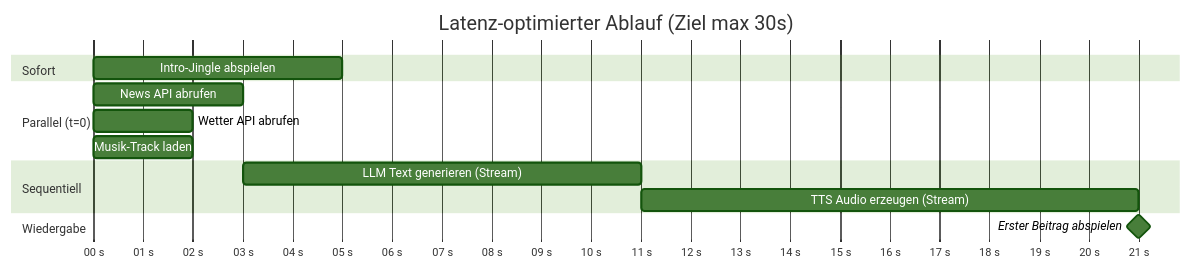
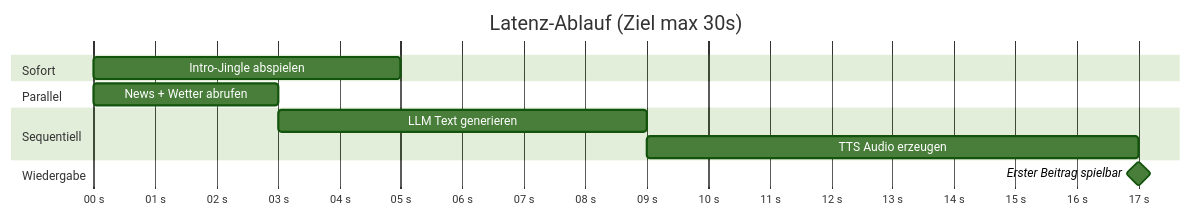
One commit to MichaelMoeckli/attune changed the third of 4 diagrams in techstack_architektur_radion25.md. Above: the diagram before and after it, drawn with Mermaid (forest theme). The commit also changed other lines of this file and 12 other files, not shown here.

````diff
--- a/techstack_architektur_radion25.md
+++ b/techstack_architektur_radion25.md
@@ -277,21 +240,19 @@
 ```mermaid
 gantt
-    title Latenz-optimierter Ablauf (Ziel max 30s)
+    title Latenz-Ablauf (Ziel max 30s)
     dateFormat ss
     axisFormat %S s
 
     section Sofort
     Intro-Jingle abspielen       :a1, 00, 5s
 
-    section Parallel (t=0)
-    News API abrufen             :a2, 00, 3s
-    Wetter API abrufen           :a3, 00, 2s
-    Musik-Track laden            :a4, 00, 2s
+    section Parallel
+    News + Wetter abrufen        :a2, 00, 3s
 
     section Sequentiell
-    LLM Text generieren (Stream) :a5, after a2, 8s
-    TTS Audio erzeugen (Stream)  :a6, after a5, 10s
+    LLM Text generieren          :a3, after a2, 6s
+    TTS Audio erzeugen           :a4, after a3, 8s
 
     section Wiedergabe
-    Erster Beitrag abspielen     :milestone, after a6, 0s
+    Erster Beitrag spielbar      :milestone, after a4, 0s
 ```
````
